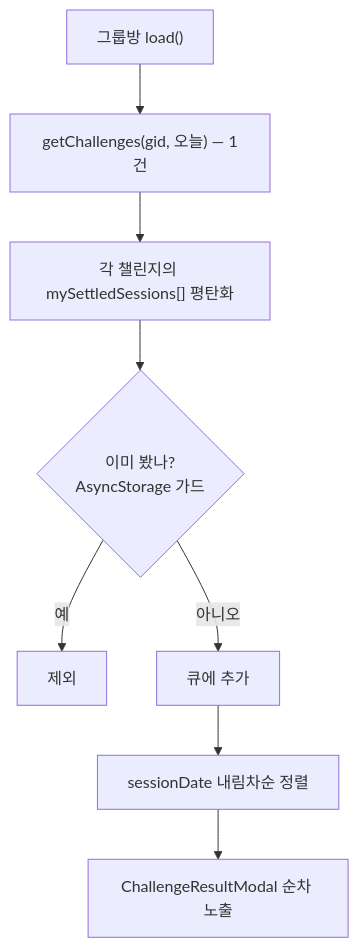
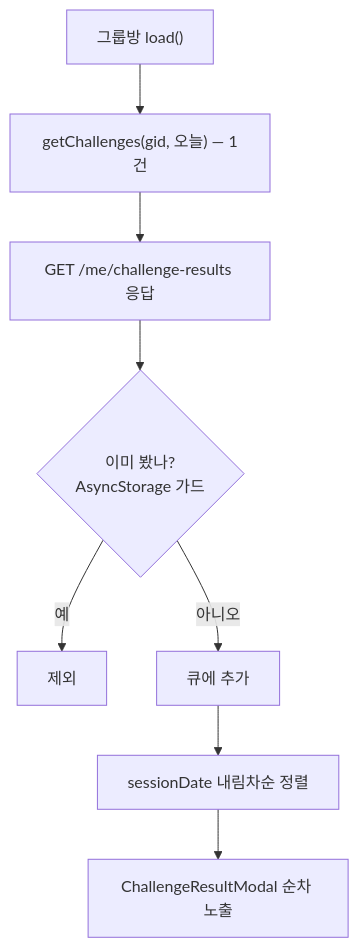
The ninth of 11 diagrams in docs/prd/challenge/information-architecture.md (OneOrThree/phone), drawn with Mermaid before and after one commit. The commit also changed other lines of this file and 6 other files, not shown here.

````diff
--- a/docs/prd/challenge/information-architecture.md
+++ b/docs/prd/challenge/information-architecture.md
@@ -418,10 +418,10 @@
 ```mermaid
 flowchart TB
     L["그룹방 load()"] --> Q["getChallenges(gid, 오늘) — 1건"]
-    Q --> P["각 챌린지의 mySettledSessions[] 평탄화"]
+    Q --> P["GET /me/challenge-results 응답"]
     P --> F2{"이미 봤나?<br/>AsyncStorage 가드"}
     F2 -->|예| X2["제외"]
     F2 -->|아니오| Q2["큐에 추가"]
     Q2 --> S["sessionDate 내림차순 정렬"]
     S --> M["ChallengeResultModal 순차 노출"]
 ```
````
